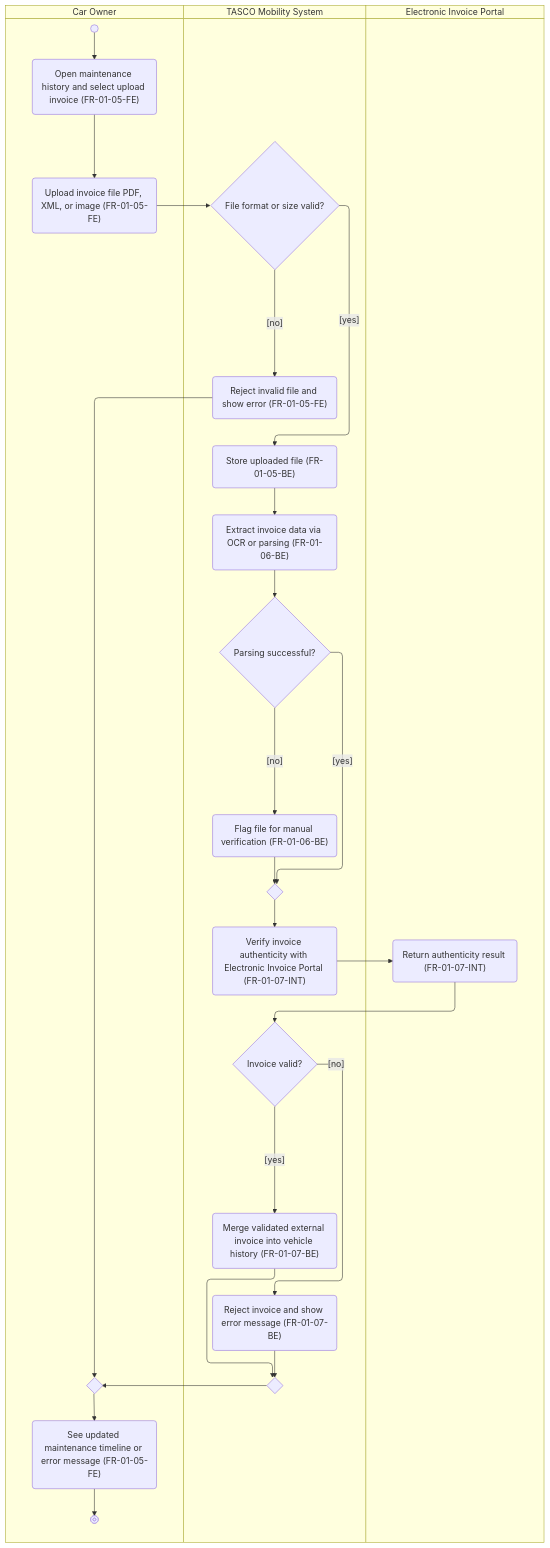
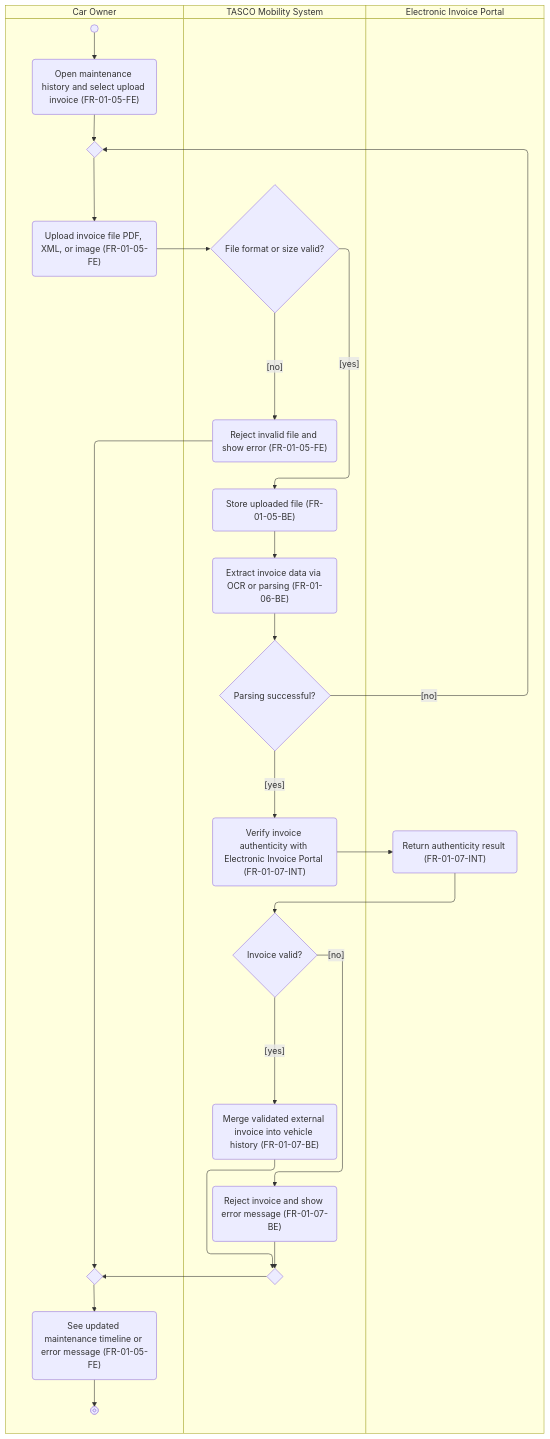
The diagram in Activity Diagram/AD-UC-1.05.md (giangnhk63db/DBIZ-2_GROUP-A), drawn with Mermaid before and after one commit. The commit also changed other lines of this file, not shown here.

````diff
--- a/Activity Diagram/AD-UC-1.05.md
+++ b/Activity Diagram/AD-UC-1.05.md
@@ -26,40 +26,39 @@
 ```mermaid
 
 swimlane-beta TB
   subgraph CAR["Car Owner"]
     start@{ shape: sm-circ }
     a1("Open maintenance history and select upload invoice (FR-01-05-FE)")
+    m1{" "}
     a2("Upload invoice file PDF, XML, or image (FR-01-05-FE)")
     m4{" "}
     a3("See updated maintenance timeline or error message (FR-01-05-FE)")
     stop1@{ shape: fr-circ }
   end
   subgraph SYS["TASCO Mobility System"]
     d1{"File format or size valid?"}
     s1("Reject invalid file and show error (FR-01-05-FE)")
     s2("Store uploaded file (FR-01-05-BE)")
     s3("Extract invoice data via OCR or parsing (FR-01-06-BE)")
     d2{"Parsing successful?"}
-    s4("Flag file for manual verification (FR-01-06-BE)")
-    m3{" "}
     s5("Verify invoice authenticity with Electronic Invoice Portal (FR-01-07-INT)")
     d3{"Invoice valid?"}
     s6("Merge validated external invoice into vehicle history (FR-01-07-BE)")
     s7("Reject invoice and show error message (FR-01-07-BE)")
     m2{" "}
   end
   subgraph PORTAL["Electronic Invoice Portal"]
     e1("Return authenticity result (FR-01-07-INT)")
   end
 
-  start --> a1 --> a2 --> d1
+  start --> a1 --> m1 --> a2 --> d1
   d1 -->|"[no]"| s1 --> m4
   d1 -->|"[yes]"| s2 --> s3 --> d2
-  d2 -->|"[no]"| s4 --> m3
-  d2 -->|"[yes]"| m3
-  m3 --> s5 --> e1 --> d3
+  d2 -->|"[no]"| m1
+  d2 -->|"[yes]"| s5
+  s5 --> e1 --> d3
   d3 -->|"[yes]"| s6 --> m2
   d3 -->|"[no]"| s7 --> m2
   m2 --> m4
   m4 --> a3 --> stop1
 ```
````
